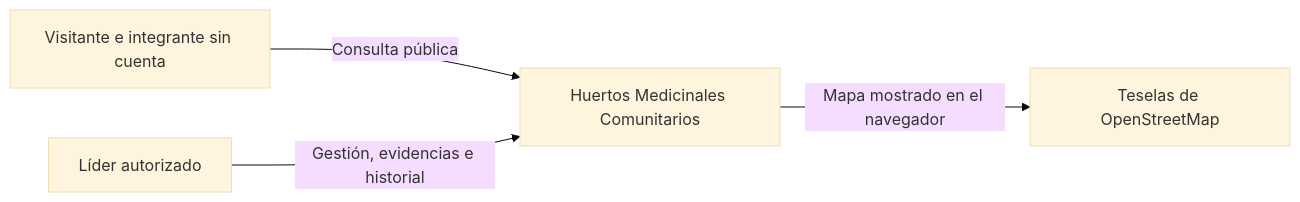
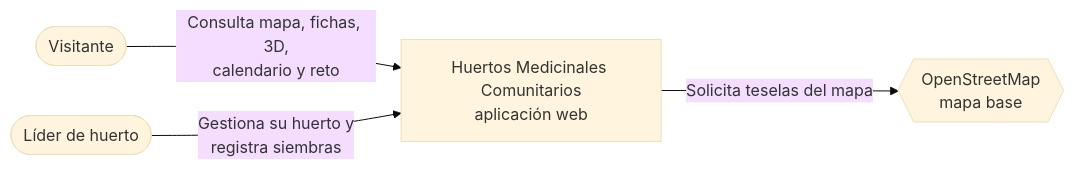
One commit to OscarGualo/ProyectoPlantasMedicinales changed the first of 3 diagrams in docs/v2_2/06_Arquitectura_y_diseno_techmOS.md. Above: the diagram before and after it, drawn with Mermaid (base theme). The commit also changed other lines of this file, not shown here.

````diff
--- a/docs/v2_2/06_Arquitectura_y_diseno_techmOS.md
+++ b/docs/v2_2/06_Arquitectura_y_diseno_techmOS.md
@@ -35,6 +46,11 @@
 ```mermaid
 flowchart LR
-    V["Visitante e integrante sin cuenta"] -->|"Consulta pública"| S["Huertos Medicinales Comunitarios"]
-    L["Líder autorizado"] -->|"Gestión, evidencias e historial"| S
-    S -->|"Mapa mostrado en el navegador"| O["Teselas de OpenStreetMap"]
+    visitante(["Visitante"])
+    lider(["Líder de huerto"])
+    sistema["Huertos Medicinales Comunitarios<br/>aplicación web"]
+    osm{{"OpenStreetMap<br/>mapa base"}}
+
+    visitante -->|"Consulta mapa, fichas, 3D,<br/>calendario y reto"| sistema
+    lider -->|"Gestiona su huerto y<br/>registra siembras"| sistema
+    sistema -->|"Solicita teselas del mapa"| osm
 ```
````
